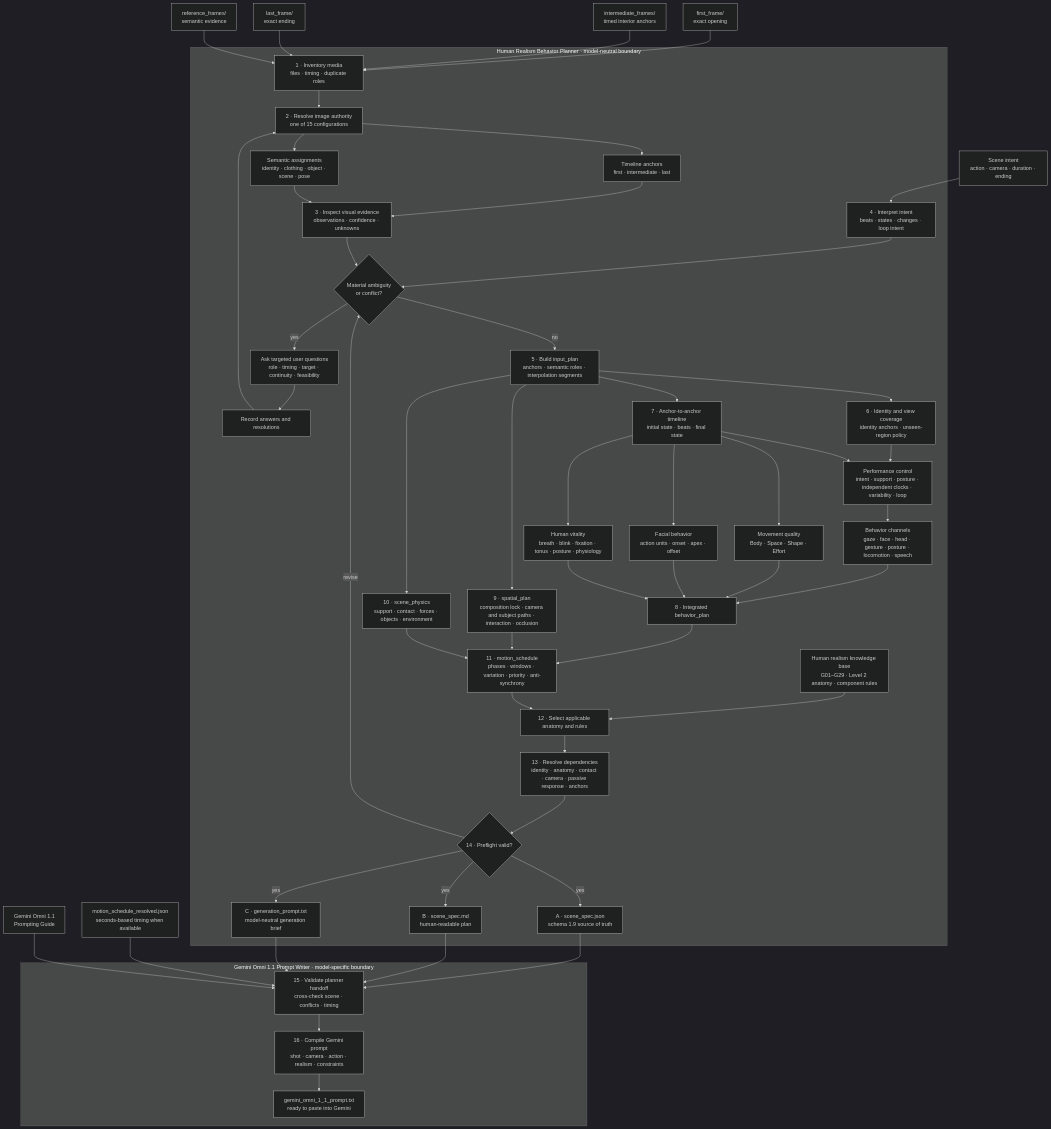
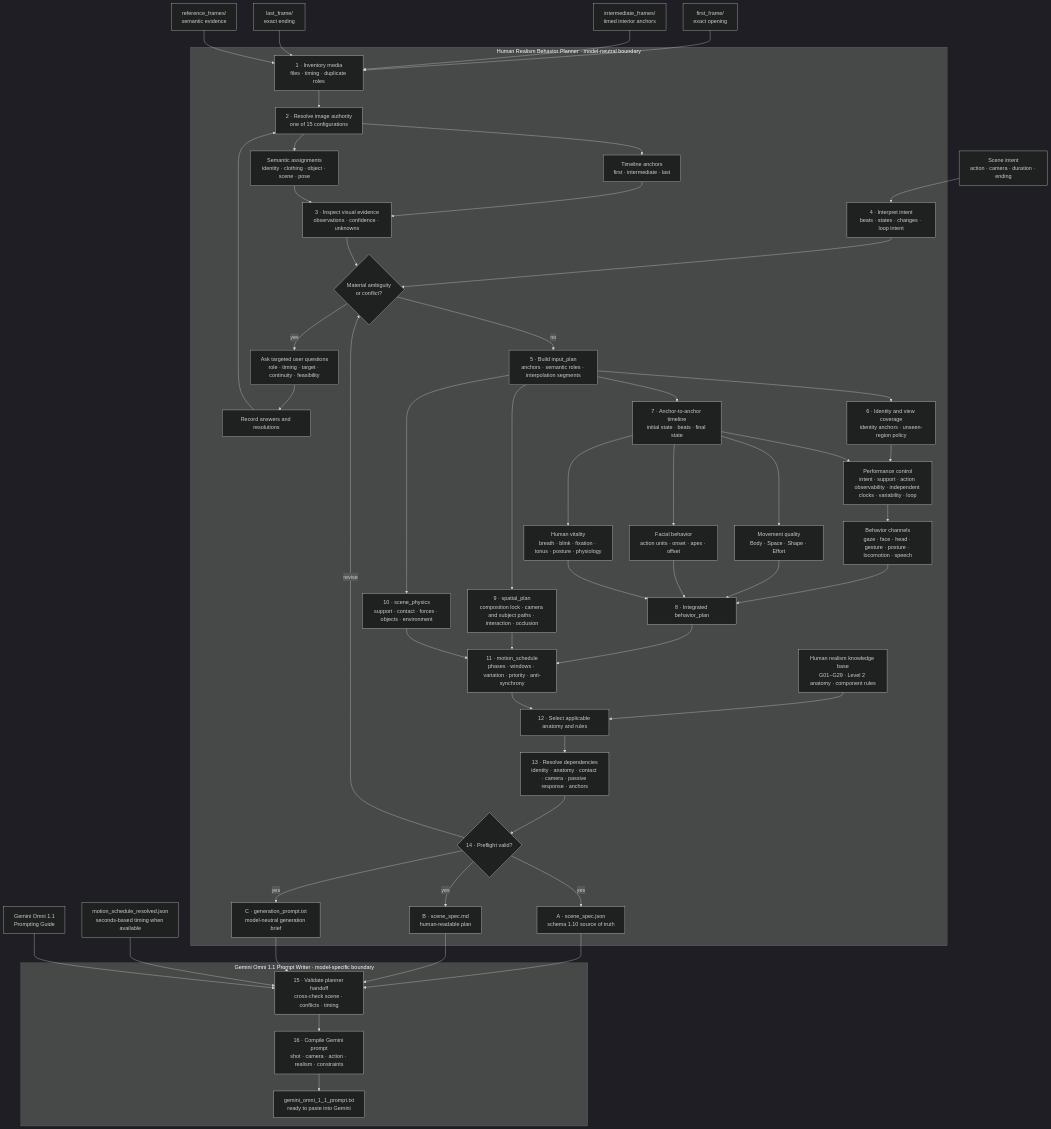
One commit to expectopatronm/human-realism-video-workflows changed the first of 2 diagrams in README.md. Above: the diagram before and after it, drawn with Mermaid (dark theme). The commit also changed other lines of this file and 11 other files, not shown here.

````diff
--- a/README.md
+++ b/README.md
@@ -26,67 +26,67 @@
 ```mermaid
 flowchart TD
     FF["first_frame/<br/>exact opening"] --> INV
     IF["intermediate_frames/<br/>timed interior anchors"] --> INV
     LF["last_frame/<br/>exact ending"] --> INV
     RF["reference_frames/<br/>semantic evidence"] --> INV
     UT["Scene intent<br/>action · camera · duration · ending"] --> INTENT
 
     subgraph HRBP["Human Realism Behavior Planner · model-neutral boundary"]
         INV["1 · Inventory media<br/>files · timing · duplicate roles"]
         INV --> ROLE["2 · Resolve image authority<br/>one of 15 configurations"]
         ROLE --> ANCHORS["Timeline anchors<br/>first · intermediate · last"]
         ROLE --> SEMANTIC["Semantic assignments<br/>identity · clothing · object · scene · pose"]
 
         ANCHORS --> OBS["3 · Inspect visual evidence<br/>observations · confidence · unknowns"]
         SEMANTIC --> OBS
         INTENT["4 · Interpret intent<br/>beats · states · changes · loop intent"] --> GATE
         OBS --> GATE{"Material ambiguity<br/>or conflict?"}
 
         GATE -- yes --> ASK["Ask targeted user questions<br/>role · timing · target · continuity · feasibility"]
         ASK --> ANSWER["Record answers and resolutions"]
         ANSWER --> ROLE
         GATE -- no --> INPUTPLAN["5 · Build input_plan<br/>anchors · semantic roles · interpolation segments"]
 
         INPUTPLAN --> ID["6 · Identity and view coverage<br/>identity anchors · unseen-region policy"]
         INPUTPLAN --> TIMELINE["7 · Anchor-to-anchor timeline<br/>initial state · beats · final state"]
 
-        ID --> CONTROL["Performance control<br/>intent · support · posture · independent clocks · variability · loop"]
+        ID --> CONTROL["Performance control<br/>intent · support · action observability · independent clocks · variability · loop"]
         TIMELINE --> CONTROL
         CONTROL --> BML["Behavior channels<br/>gaze · face · head · gesture · posture · locomotion · speech"]
         TIMELINE --> LABAN["Movement quality<br/>Body · Space · Shape · Effort"]
         TIMELINE --> FACS["Facial behavior<br/>action units · onset · apex · offset"]
         TIMELINE --> LIFE["Human vitality<br/>breath · blink · fixation · tonus · posture · physiology"]
 
         BML --> BEHAVIOR["8 · Integrated behavior_plan"]
         LABAN --> BEHAVIOR
         FACS --> BEHAVIOR
         LIFE --> BEHAVIOR
 
         INPUTPLAN --> SPACE["9 · spatial_plan<br/>composition lock · camera and subject paths · interaction · occlusion"]
         INPUTPLAN --> PHYSICS["10 · scene_physics<br/>support · contact · forces · objects · environment"]
         BEHAVIOR --> SCHEDULE["11 · motion_schedule<br/>phases · windows · variation · priority · anti-synchrony"]
         SPACE --> SCHEDULE
         PHYSICS --> SCHEDULE
 
         RULES["Human realism knowledge base<br/>G01–G29 · Level 2 anatomy · component rules"] --> SELECT["12 · Select applicable anatomy and rules"]
         SCHEDULE --> SELECT
         SELECT --> DEP["13 · Resolve dependencies<br/>identity · anatomy · contact · camera · passive response · anchors"]
         DEP --> CHECK{"14 · Preflight valid?"}
         CHECK -- revise --> GATE
-        CHECK -- yes --> JSON["A · scene_spec.json<br/>schema 1.9 source of truth"]
+        CHECK -- yes --> JSON["A · scene_spec.json<br/>schema 1.10 source of truth"]
         CHECK -- yes --> READABLE["B · scene_spec.md<br/>human-readable plan"]
         CHECK -- yes --> PROMPT["C · generation_prompt.txt<br/>model-neutral generation brief"]
     end
 
     JSON --> GEMINI
     READABLE --> GEMINI
     PROMPT --> GEMINI
     RESOLVED["motion_schedule_resolved.json<br/>seconds-based timing when available"] --> GEMINI
     GUIDE["Gemini Omni 1.1<br/>Prompting Guide"] --> GEMINI
 
     subgraph GOPW["Gemini Omni 1.1 Prompt Writer · model-specific boundary"]
         GEMINI["15 · Validate planner handoff<br/>cross-check scene · conflicts · timing"]
         GEMINI --> COMPILE["16 · Compile Gemini prompt<br/>shot · camera · action · realism · constraints"]
         COMPILE --> GPROMPT["gemini_omni_1_1_prompt.txt<br/>ready to paste into Gemini"]
     end
 ```
````
